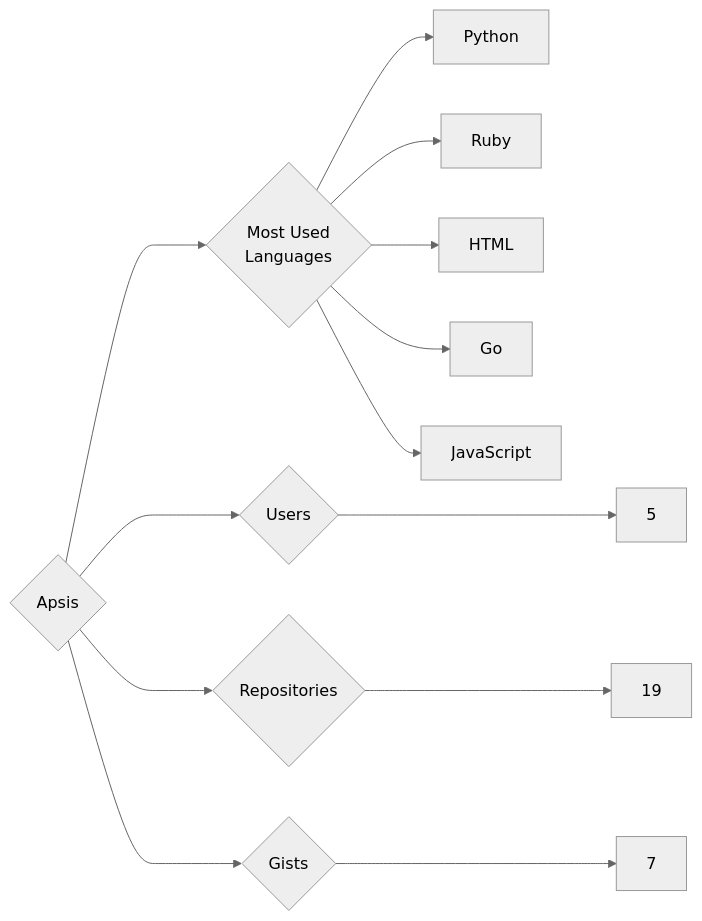
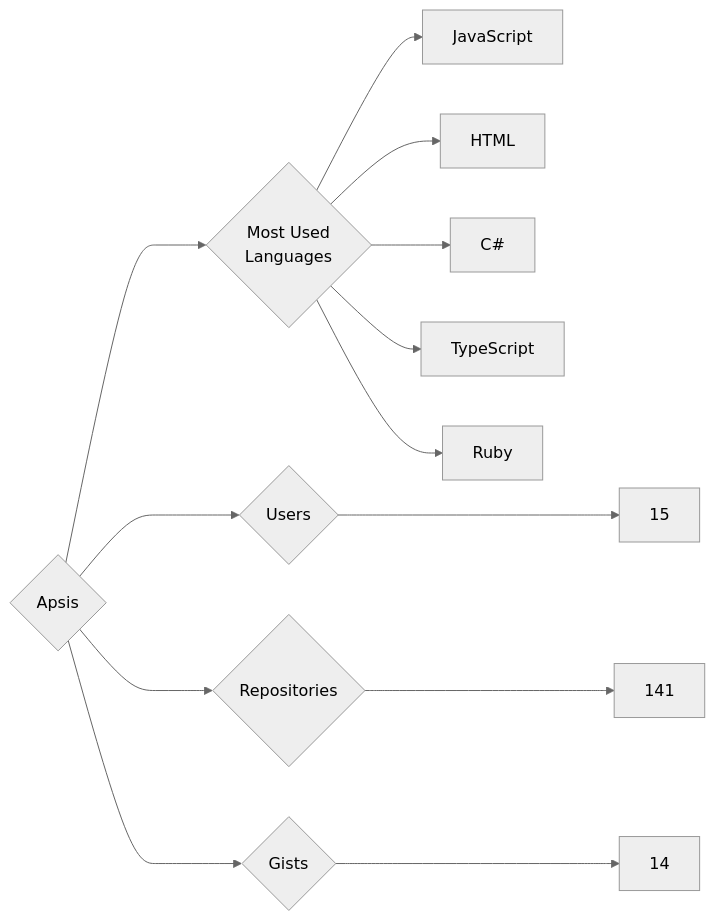
The diagram in targets/Apsis/README.md (trickest/insiders), drawn with Mermaid (neutral theme) before and after one commit. The commit also changed 594 other files, not shown here.

````diff
--- a/targets/Apsis/README.md
+++ b/targets/Apsis/README.md
@@ -3,13 +3,13 @@
 ```mermaid
 graph LR
 COMPANY_NAME{Apsis}
-COMPANY_NAME ---> U{Users} ---> UN[5]
-COMPANY_NAME ---> R{Repositories} ---> RN[19]
-COMPANY_NAME ---> G{Gists} ---> GN[7]
+COMPANY_NAME ---> U{Users} ---> UN[15]
+COMPANY_NAME ---> R{Repositories} ---> RN[141]
+COMPANY_NAME ---> G{Gists} ---> GN[14]
 COMPANY_NAME ---> ML{Most Used<br>Languages}
-ML --> Python[Python]
+ML --> JavaScript[JavaScript]
+ML --> HTML[HTML]
+ML --> C#[C#]
+ML --> TypeScript[TypeScript]
 ML --> Ruby[Ruby]
-ML --> HTML[HTML]
-ML --> Go[Go]
-ML --> JavaScript[JavaScript]
 ```
````
